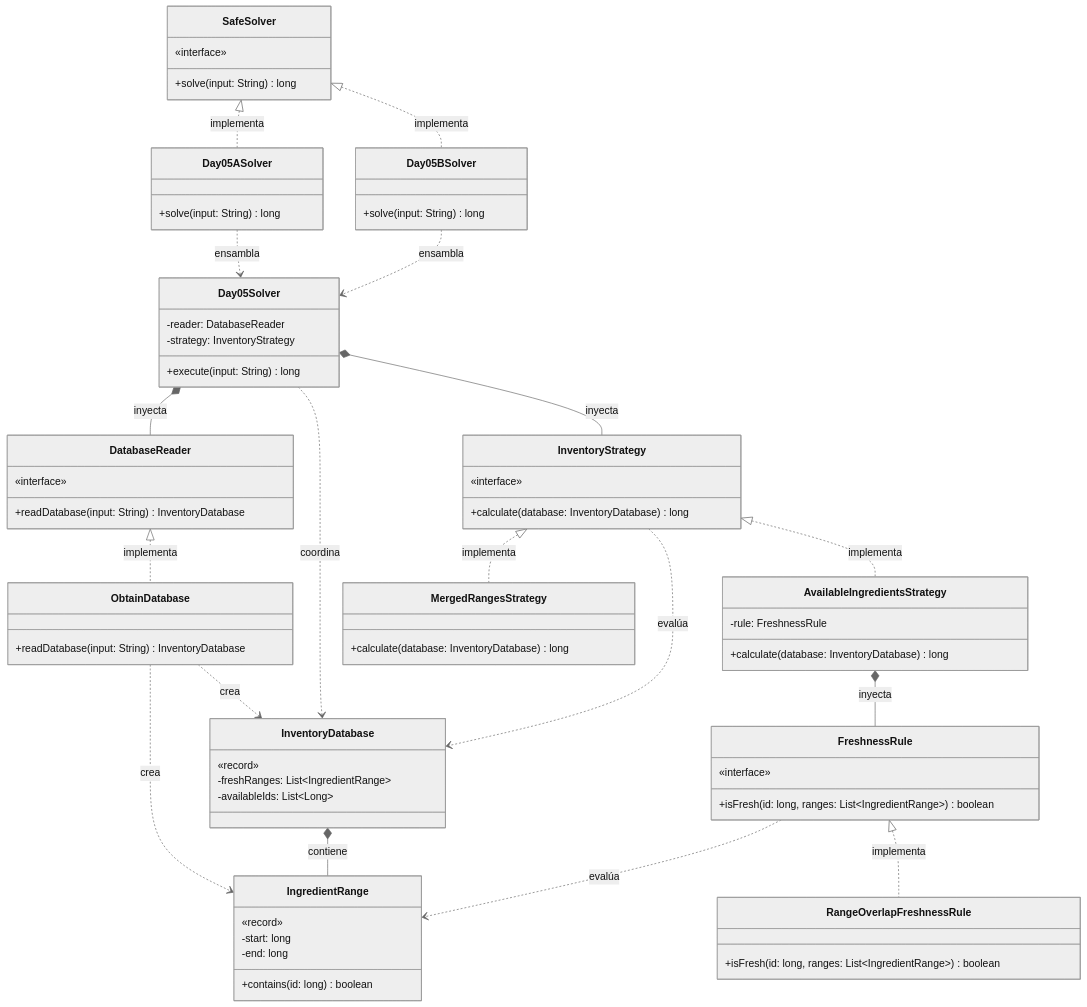
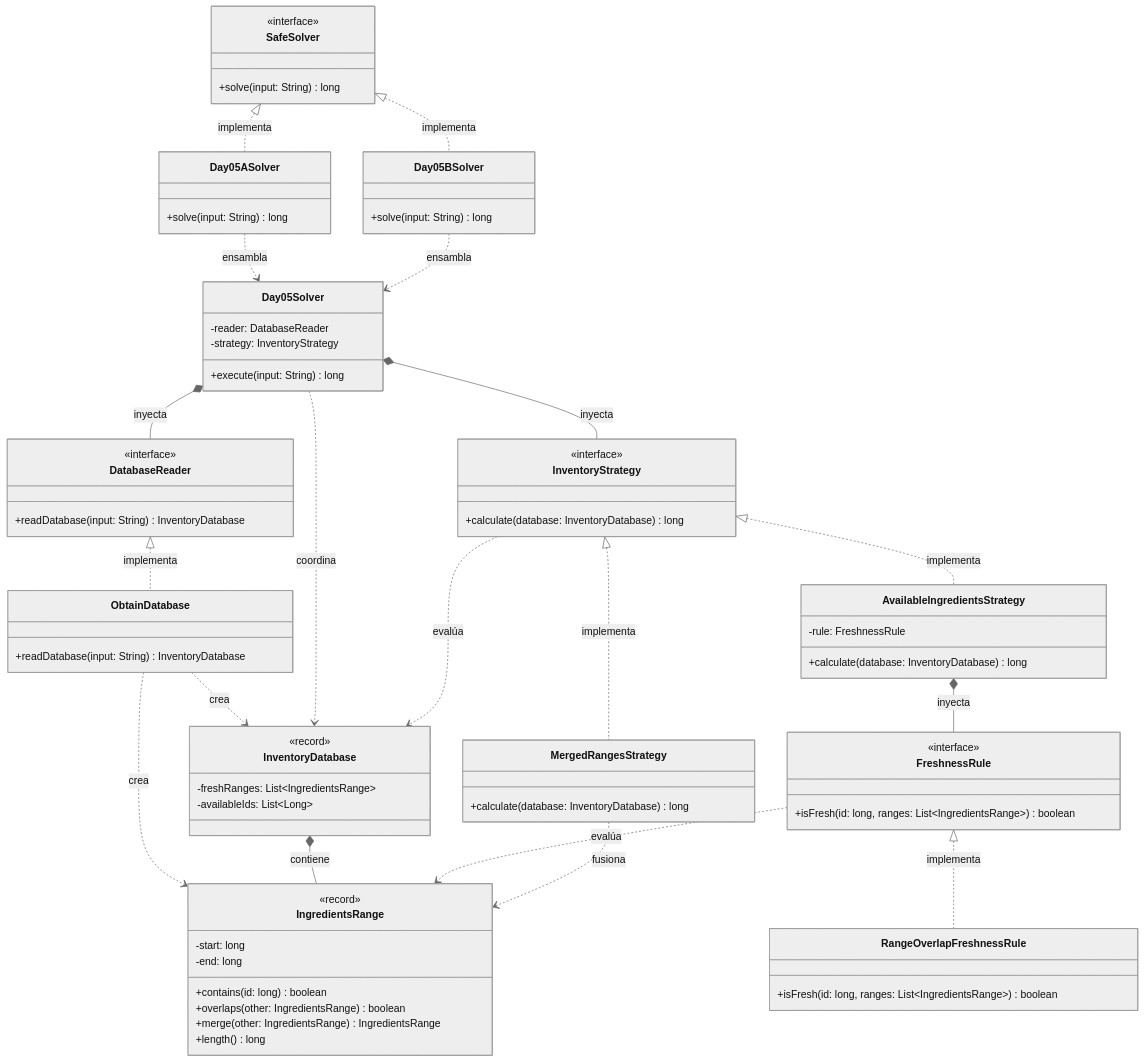
One commit to ivanperezdiaz829/AoC2025 changed the diagram in src/main/java/software/aoc/day05/README.md. Above: the diagram before and after it, drawn with Mermaid (neutral theme). The commit also changed other lines of this file and 10 other files, not shown here.

````diff
--- a/src/main/java/software/aoc/day05/README.md
+++ b/src/main/java/software/aoc/day05/README.md
@@ -35,7 +39,7 @@
 ```mermaid
 classDiagram
     class SafeSolver {
-        «interface»
+        <<interface>>
         +solve(input: String) long
     }
 
@@ -54,20 +58,23 @@
     }
 
     class InventoryDatabase {
-        «record»
-        -freshRanges: List~IngredientRange~
+        <<record>>
+        -freshRanges: List~IngredientsRange~
         -availableIds: List~Long~
     }
 
-    class IngredientRange {
-        «record»
+    class IngredientsRange {
+        <<record>>
         -start: long
         -end: long
         +contains(id: long) boolean
+        +overlaps(other: IngredientsRange) boolean
+        +merge(other: IngredientsRange) IngredientsRange
+        +length() long
     }
 
     class DatabaseReader {
-        «interface»
+        <<interface>>
         +readDatabase(input: String) InventoryDatabase
     }
 
@@ -76,7 +83,7 @@
     }
 
     class InventoryStrategy {
-        «interface»
+        <<interface>>
         +calculate(database: InventoryDatabase) long
     }
 
@@ -90,12 +97,12 @@
     }
 
     class FreshnessRule {
-        «interface»
-        +isFresh(id: long, ranges: List~IngredientRange~) boolean
+        <<interface>>
+        +isFresh(id: long, ranges: List~IngredientsRange~) boolean
     }
 
     class RangeOverlapFreshnessRule {
-        +isFresh(id: long, ranges: List~IngredientRange~) boolean
+        +isFresh(id: long, ranges: List~IngredientsRange~) boolean
     }
 
 %% Relaciones de Implementación
@@ -115,9 +122,10 @@
 
 %% Dependencias de Dominio
     ObtainDatabase ..> InventoryDatabase : crea
-    ObtainDatabase ..> IngredientRange : crea
-    InventoryDatabase *-- IngredientRange : contiene
+    ObtainDatabase ..> IngredientsRange : crea
+    InventoryDatabase *-- IngredientsRange : contiene
     Day05Solver ..> InventoryDatabase : coordina
     InventoryStrategy ..> InventoryDatabase : evalúa
-    FreshnessRule ..> IngredientRange : evalúa
+    FreshnessRule ..> IngredientsRange : evalúa
+    MergedRangesStrategy ..> IngredientsRange : fusiona
 ```
````
